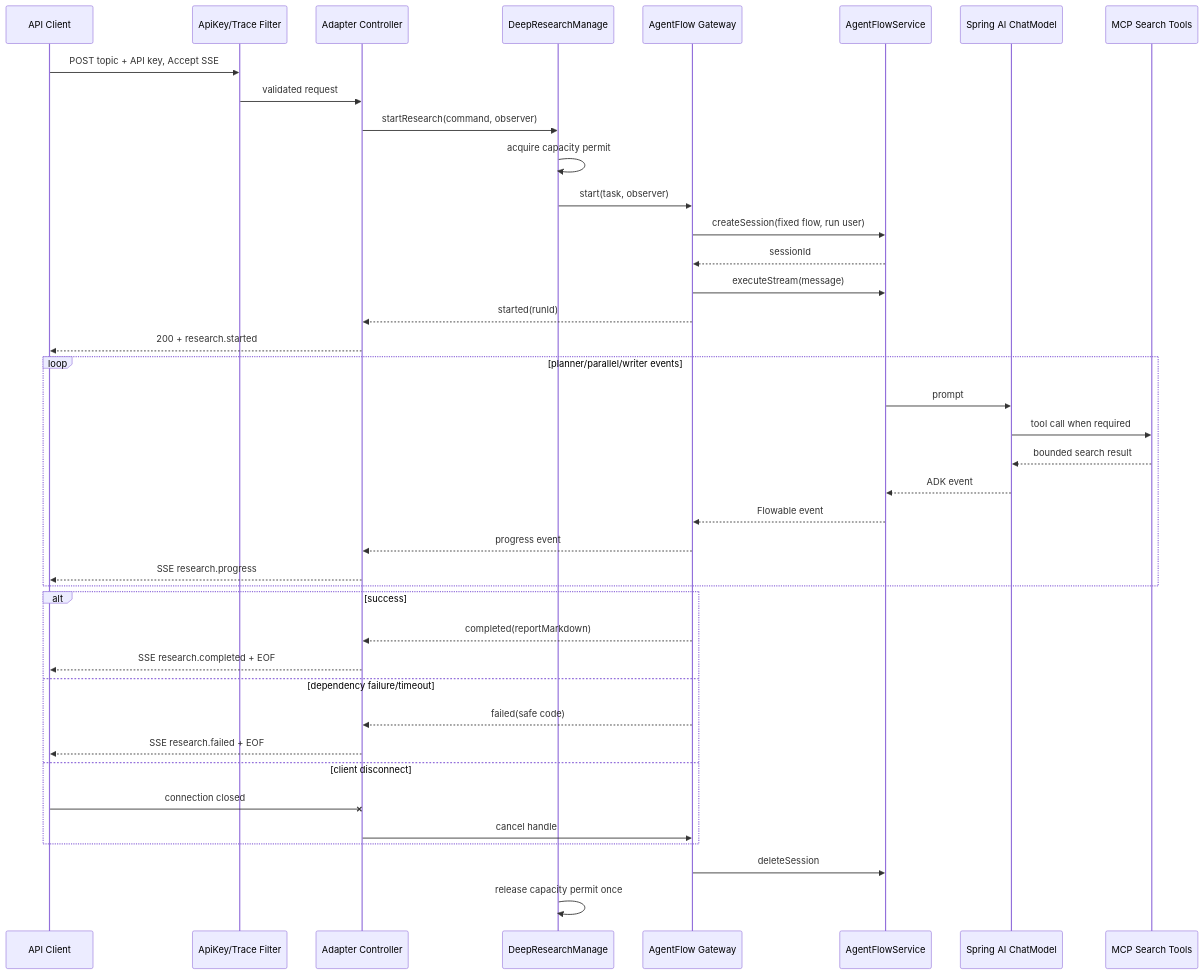
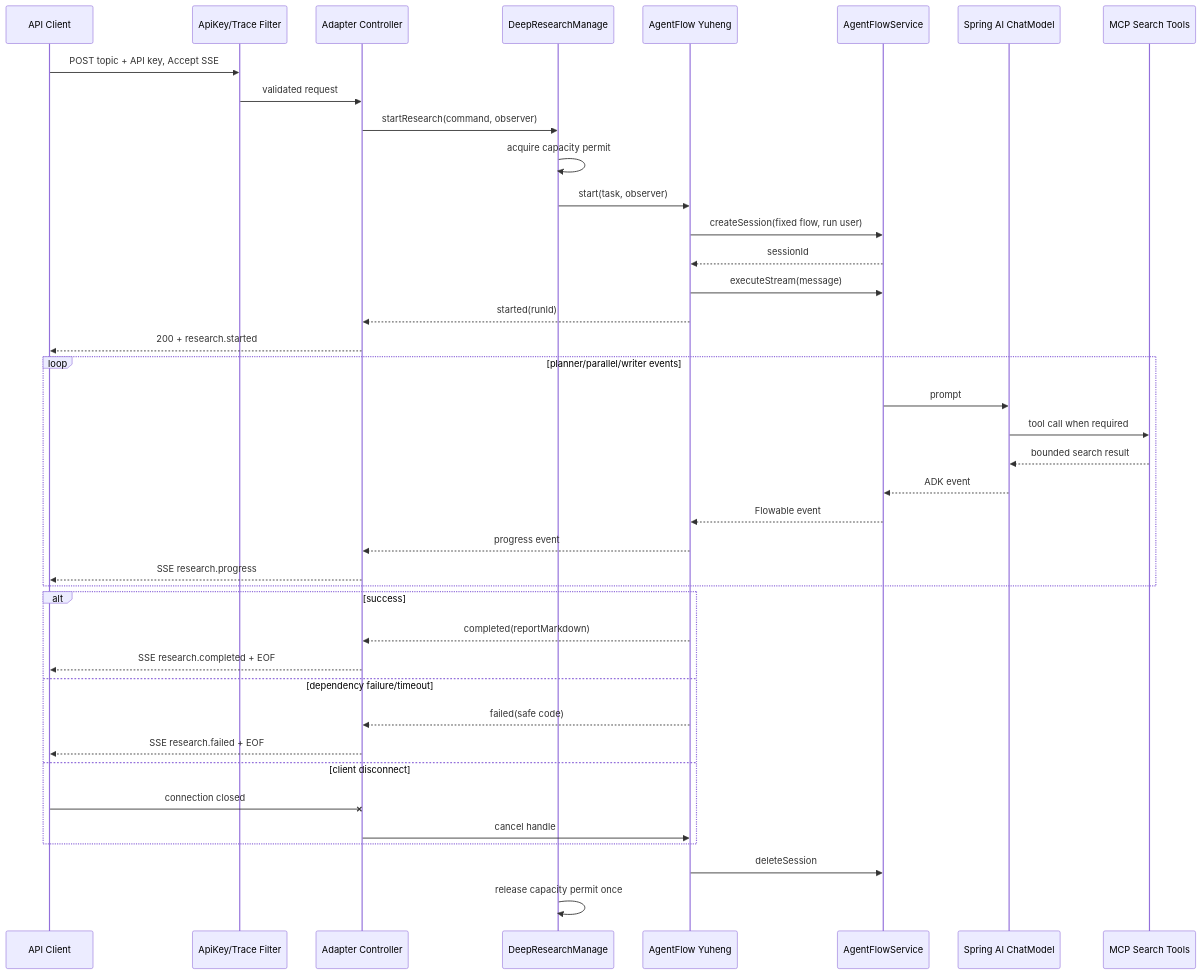
The fourth of 4 diagrams in docs/egon/spec/2026-09-04-16-32-agent-deep-research-archetype.md (AllenDEricDAlexander/Egon-COLA), drawn with Mermaid before and after one commit. The commit also changed other lines of this file and 233 other files, not shown here.

````diff
--- a/docs/egon/spec/2026-09-04-16-32-agent-deep-research-archetype.md
+++ b/docs/egon/spec/2026-09-04-16-32-agent-deep-research-archetype.md
@@ -448,43 +448,43 @@
 ```mermaid
 sequenceDiagram
     participant C as API Client
     participant F as ApiKey/Trace Filter
     participant A as Adapter Controller
     participant M as DeepResearchManage
-    participant G as AgentFlow Gateway
+    participant G as AgentFlow Yuheng
     participant AF as AgentFlowService
     participant L as Spring AI ChatModel
     participant T as MCP Search Tools
 
     C->>F: POST topic + API key, Accept SSE
     F->>A: validated request
     A->>M: startResearch(command, observer)
     M->>M: acquire capacity permit
     M->>G: start(task, observer)
     G->>AF: createSession(fixed flow, run user)
     AF-->>G: sessionId
     G->>AF: executeStream(message)
     G-->>A: started(runId)
     A-->>C: 200 + research.started
     loop planner/parallel/writer events
         AF->>L: prompt
         L->>T: tool call when required
         T-->>L: bounded search result
         L-->>AF: ADK event
         AF-->>G: Flowable event
         G-->>A: progress event
         A-->>C: SSE research.progress
     end
     alt success
         G-->>A: completed(reportMarkdown)
         A-->>C: SSE research.completed + EOF
     else dependency failure/timeout
         G-->>A: failed(safe code)
         A-->>C: SSE research.failed + EOF
     else client disconnect
         C-xA: connection closed
         A->>G: cancel handle
     end
     G->>AF: deleteSession
     M->>M: release capacity permit once
 ```
````
